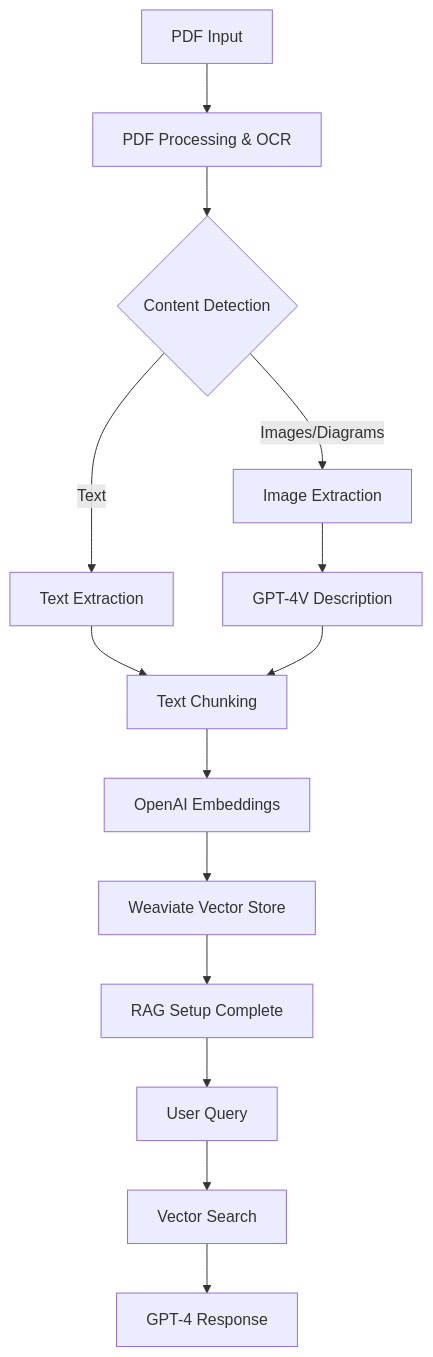
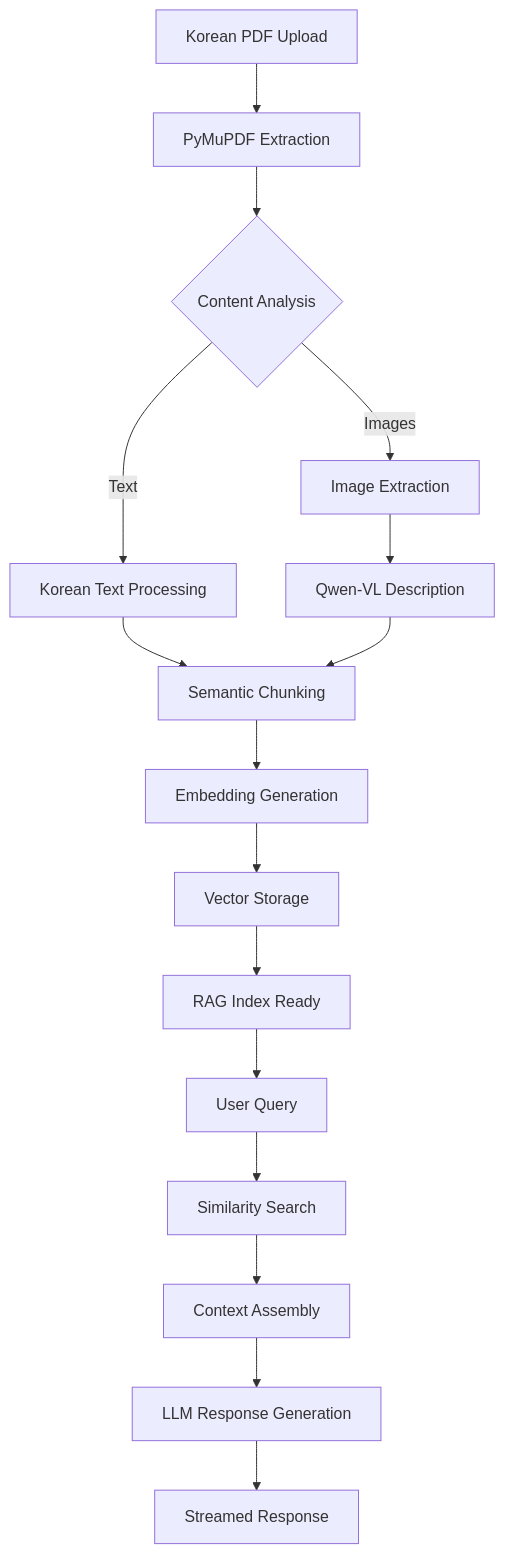
Before and after one commit to YBIGTA/26th-summer-NotebookLocal: the diagram in README.md, drawn with Mermaid. The commit also changed other lines of this file and 1 other file, not shown here.

````diff
--- a/README.md
+++ b/README.md
@@ -63,16 +144,18 @@
 ```mermaid
 graph TD
-    A[PDF Input] --> B[PDF Processing & OCR]
-    B --> C{Content Detection}
-    C -->|Text| D[Text Extraction]
-    C -->|Images/Diagrams| E[Image Extraction]
-    E --> F[GPT-4V Description]
-    D --> G[Text Chunking]
+    A[Korean PDF Upload] --> B[PyMuPDF Extraction]
+    B --> C{Content Analysis}
+    C -->|Text| D[Korean Text Processing]
+    C -->|Images| E[Image Extraction]
+    E --> F[Qwen-VL Description]
+    D --> G[Semantic Chunking]
     F --> G
-    G --> H[OpenAI Embeddings]
-    H --> I[Weaviate Vector Store]
-    I --> J[RAG Setup Complete]
+    G --> H[Embedding Generation]
+    H --> I[Vector Storage]
+    I --> J[RAG Index Ready]
     J --> K[User Query]
-    K --> L[Vector Search]
-    L --> M[GPT-4 Response]
+    K --> L[Similarity Search]
+    L --> M[Context Assembly]
+    M --> N[LLM Response Generation]
+    N --> O[Streamed Response]
 ```
````
